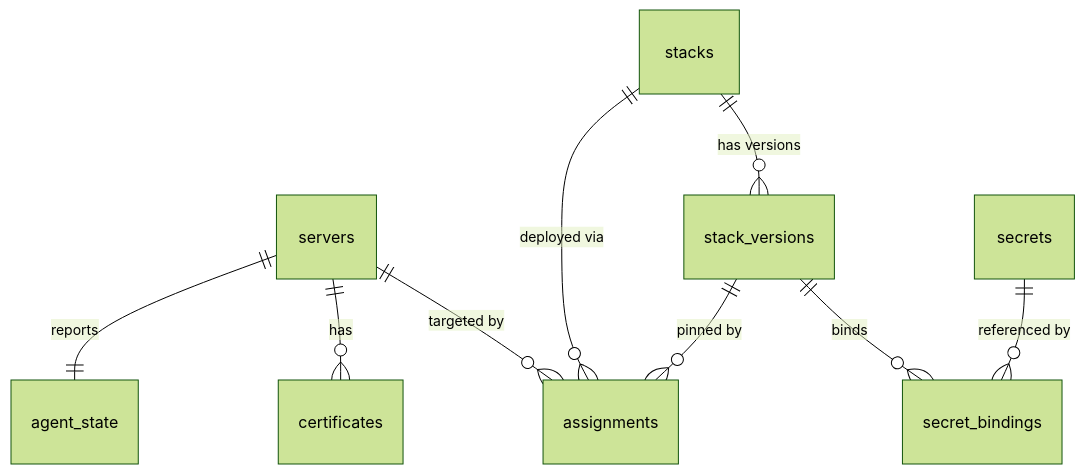
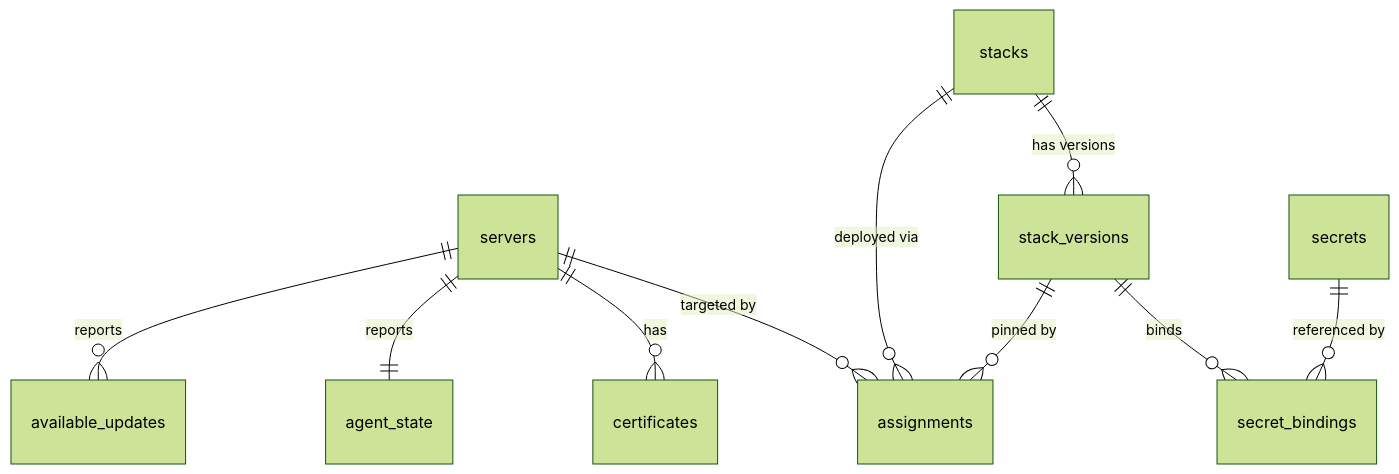
The diagram in docs/03-data-model.md (heckertobias/orkestra), drawn with Mermaid (forest theme) before and after one commit. The commit also changed other lines of this file and 12 other files, not shown here.

````diff
--- a/docs/03-data-model.md
+++ b/docs/03-data-model.md
@@ -11,11 +15,12 @@
 ```mermaid
 erDiagram
-  servers        ||--o{ assignments     : "targeted by"
-  servers        ||--o{ certificates    : "has"
-  servers        ||--|| agent_state      : "reports"
-  stacks         ||--o{ stack_versions  : "has versions"
-  stacks         ||--o{ assignments     : "deployed via"
-  stack_versions ||--o{ assignments     : "pinned by"
-  stack_versions ||--o{ secret_bindings : "binds"
-  secrets        ||--o{ secret_bindings : "referenced by"
+  servers        ||--o{ assignments       : "targeted by"
+  servers        ||--o{ certificates      : "has"
+  servers        ||--|| agent_state        : "reports"
+  servers        ||--o{ available_updates : "reports"
+  stacks         ||--o{ stack_versions    : "has versions"
+  stacks         ||--o{ assignments       : "deployed via"
+  stack_versions ||--o{ assignments       : "pinned by"
+  stack_versions ||--o{ secret_bindings   : "binds"
+  secrets        ||--o{ secret_bindings   : "referenced by"
 ```
````
